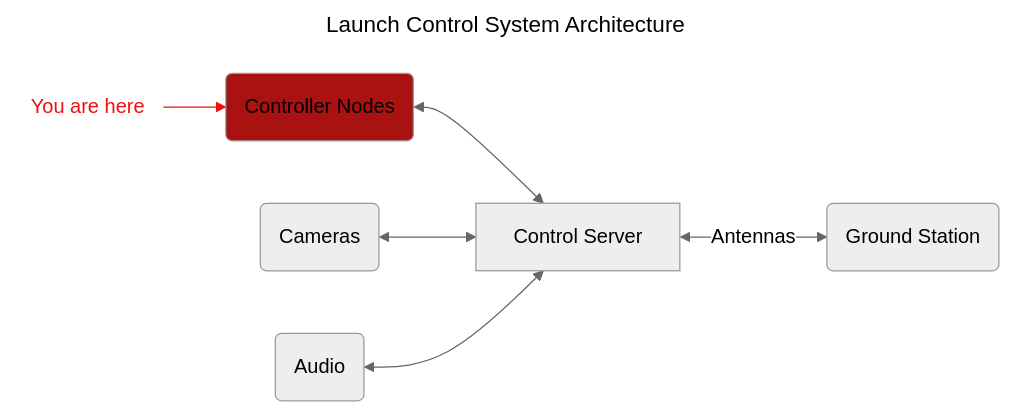
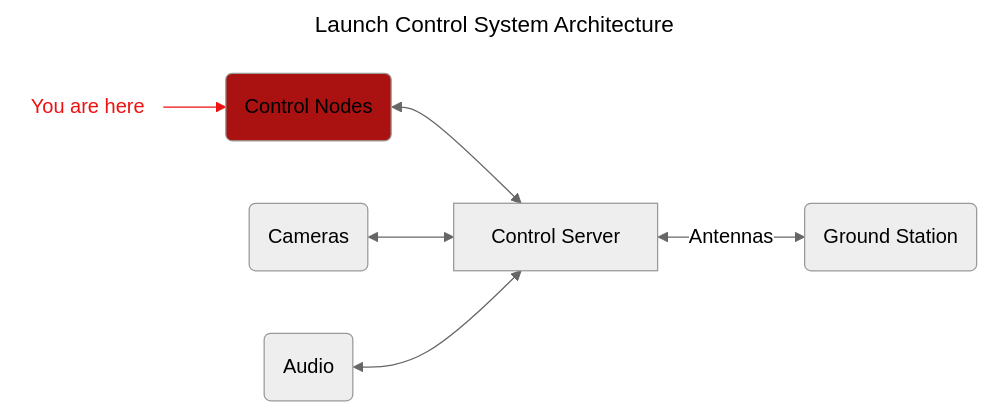
Before and after one commit to Queens-Rocket-Engineering-Team/prop-esp32-logger: the diagram in README.md, drawn with Mermaid (neutral theme). The commit also changed other lines of this file and 12 other files, not shown here.

````diff
--- a/README.md
+++ b/README.md
@@ -6,16 +6,16 @@
 ```mermaid
 ---
 title: Launch Control System Architecture
 ---
 flowchart LR
-    CN(Controller Nodes) <--> CS[Control Server]
+    CN(Control Nodes) <--> CS[Control Server]
     style CN fill:#a11
 
     CAM(Cameras) <--> CS
     AUD(Audio) <--> CS
     CS <--Antennas--> GS(Ground Station)
 
     HERE(You are here) --> CN
     linkStyle 4 stroke:#e11
     style HERE fill:transparent,stroke:transparent,color:#e11
 ```
````
